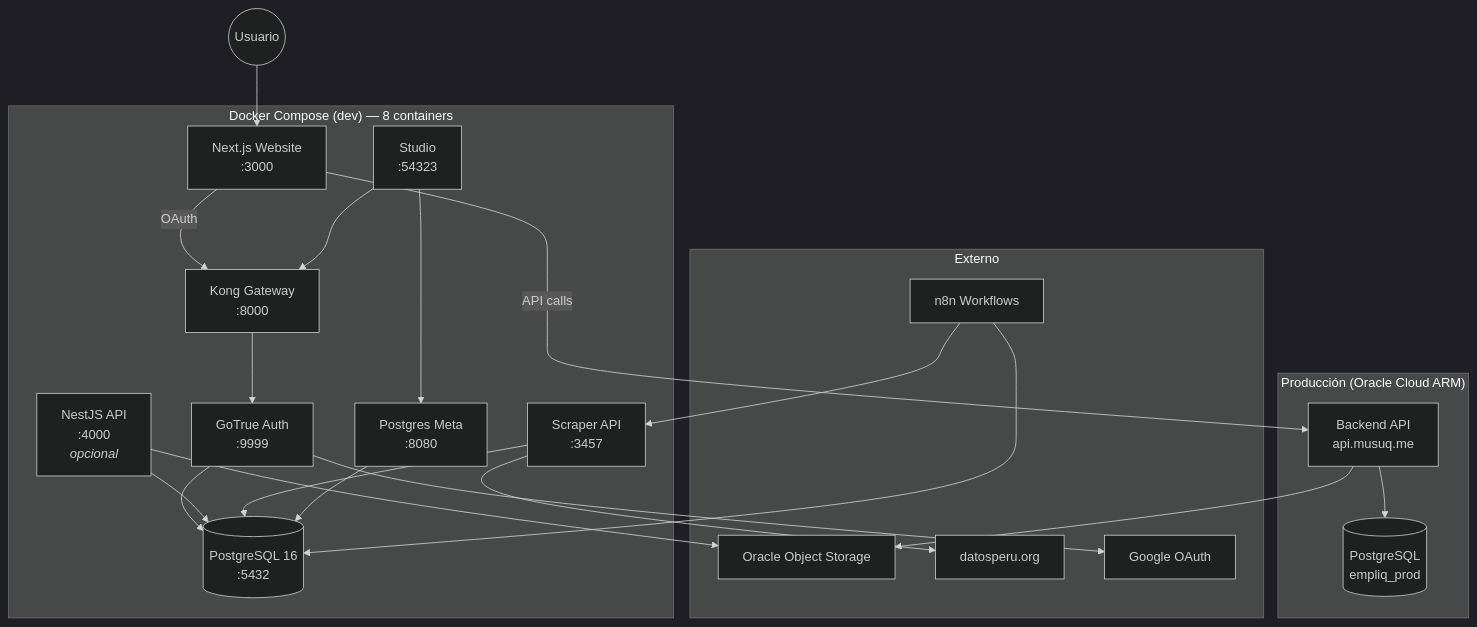
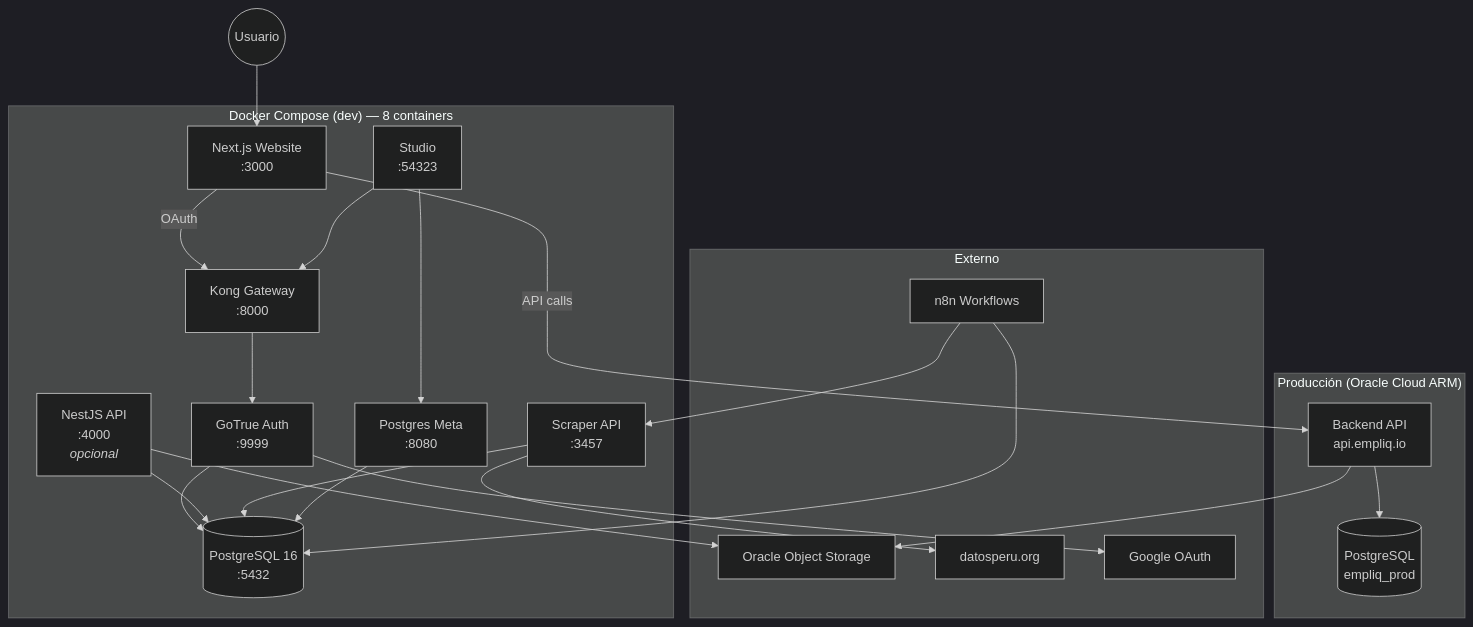
Before and after one commit to Mingbling1/CareerWiki: the first of 6 diagrams in docs/ARCHITECTURE.md, drawn with Mermaid (dark theme). The commit also changed other lines of this file and 25 other files, not shown here.

First line of the commit message:
docs: migrate URLs from musuq.me to empliq.io

````diff
--- a/docs/ARCHITECTURE.md
+++ b/docs/ARCHITECTURE.md
@@ -11,45 +11,45 @@
 ```mermaid
 graph TB
     subgraph "Docker Compose (dev) — 8 containers"
         PG[(PostgreSQL 16<br/>:5432)]
         API[NestJS API<br/>:4000<br/><i>opcional</i>]
         WEB[Next.js Website<br/>:3000]
         SCR[Scraper API<br/>:3457]
         KONG[Kong Gateway<br/>:8000]
         AUTH[GoTrue Auth<br/>:9999]
         META[Postgres Meta<br/>:8080]
         STUDIO[Studio<br/>:54323]
     end
 
     USER((Usuario)) --> WEB
     WEB -->|API calls| PROD_API
     WEB -->|OAuth| KONG
     KONG --> AUTH
     AUTH --> PG
     API --> PG
     SCR --> PG
     META --> PG
     STUDIO --> META
     STUDIO --> KONG
 
     subgraph "Producción (Oracle Cloud ARM)"
-        PROD_API[Backend API<br/>api.musuq.me]
+        PROD_API[Backend API<br/>api.empliq.io]
         PROD_PG[(PostgreSQL<br/>empliq_prod)]
     end
 
     PROD_API --> PROD_PG
 
     subgraph "Externo"
         OCI[Oracle Object Storage]
         DP[datosperu.org]
         N8N[n8n Workflows]
         GOOGLE[Google OAuth]
     end
 
     API --> OCI
     PROD_API --> OCI
     SCR --> DP
     N8N --> SCR
     N8N --> PG
     AUTH --> GOOGLE
 ```
````
